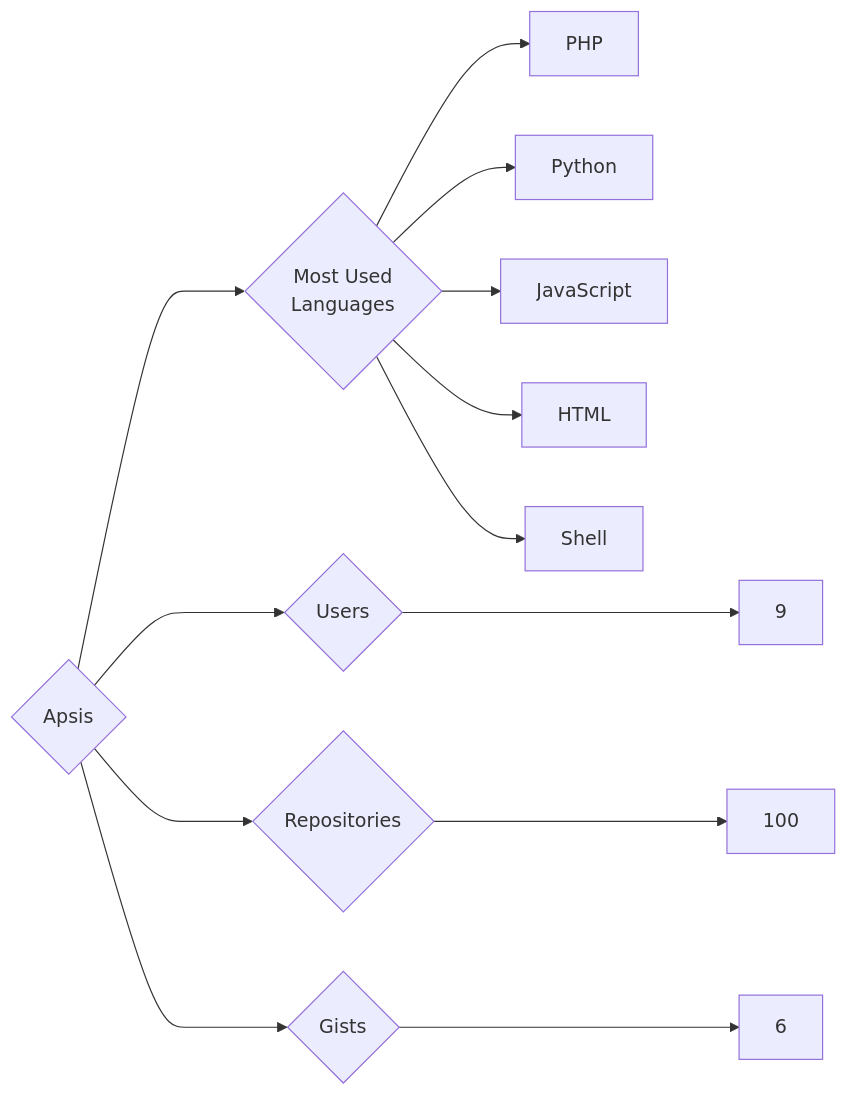
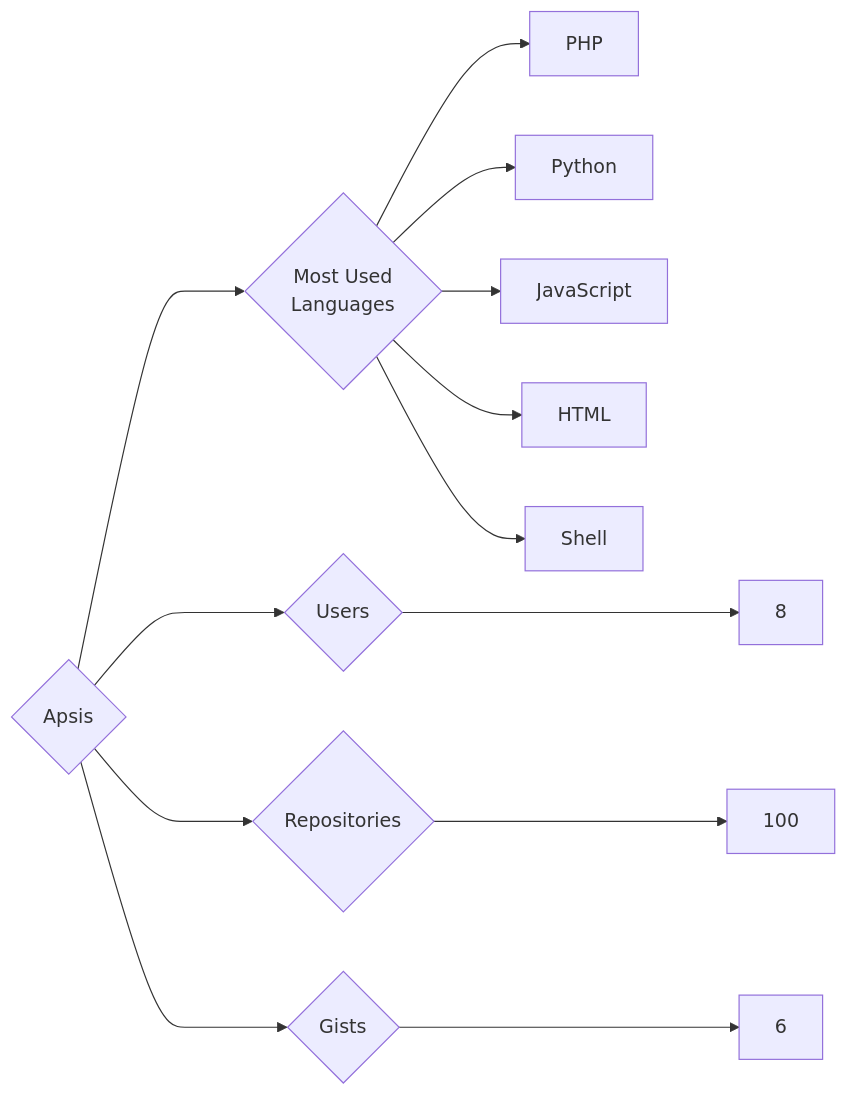
One commit to trickest/insiders changed the diagram in targets/Apsis/README.md. Above: the diagram before and after it, drawn with Mermaid. The commit also changed 934 other files, not shown here.

````diff
--- a/targets/Apsis/README.md
+++ b/targets/Apsis/README.md
@@ -3,13 +3,13 @@
 ```mermaid
 graph LR
 COMPANY_NAME{Apsis}
-COMPANY_NAME ---> U{Users} ---> UN[9]
+COMPANY_NAME ---> U{Users} ---> UN[8]
 COMPANY_NAME ---> R{Repositories} ---> RN[100]
 COMPANY_NAME ---> G{Gists} ---> GN[6]
 COMPANY_NAME ---> ML{Most Used<br>Languages}
 ML --> PHP[PHP]
 ML --> Python[Python]
 ML --> JavaScript[JavaScript]
 ML --> HTML[HTML]
 ML --> Shell[Shell]
 ```
````
